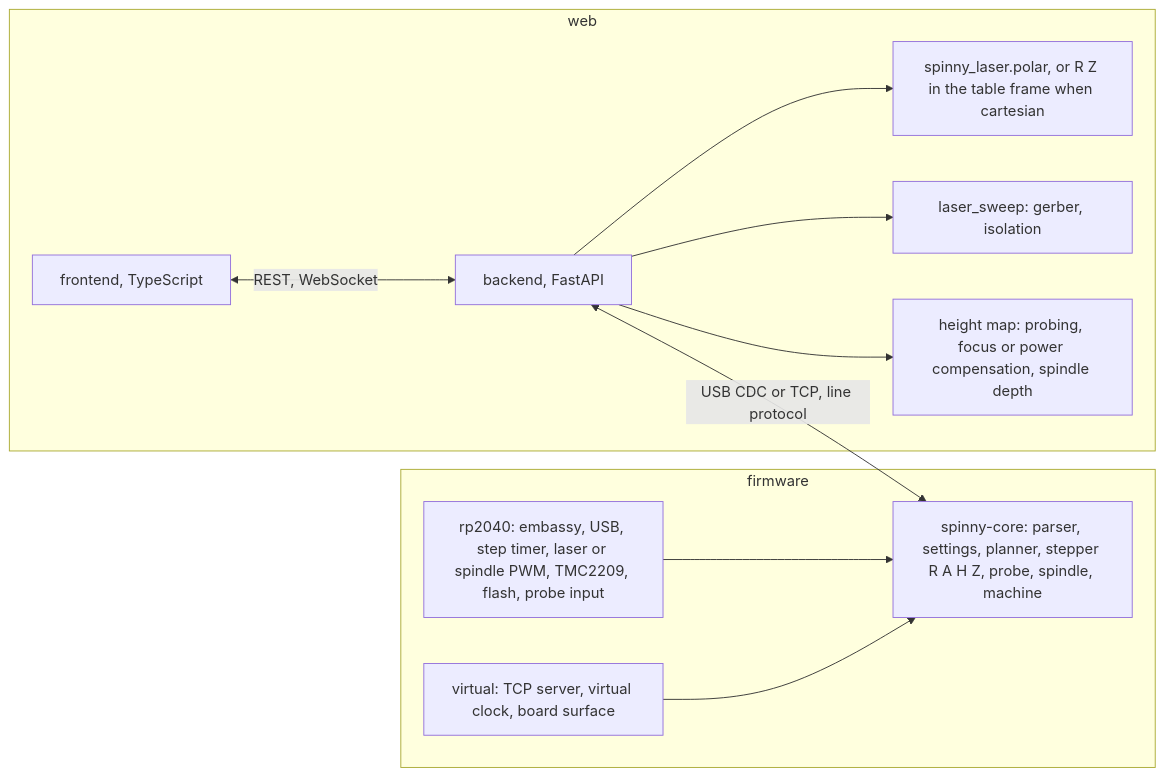
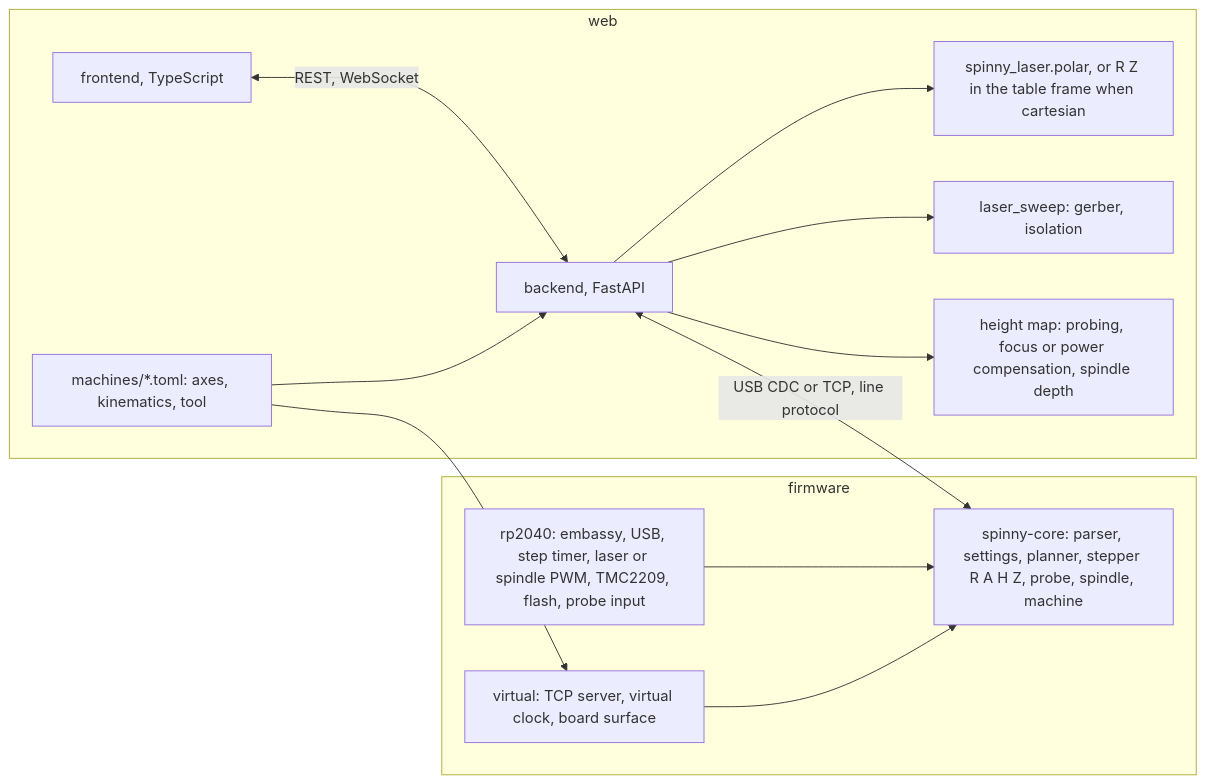
One commit to tmpk13/spinny-cnc changed the diagram in docs/ARCHITECTURE.md. Above: the diagram before and after it, drawn with Mermaid. The commit also changed 4 other files, not shown here.

Commit message:
Style the machine pick as a field, keep rings open across a gap, draw the machine files in the diagrams

````diff
--- a/docs/ARCHITECTURE.md
+++ b/docs/ARCHITECTURE.md
@@ -27,14 +27,16 @@
 ```mermaid
 flowchart LR
     subgraph web
         FE[frontend, TypeScript] <-->|REST, WebSocket| BE[backend, FastAPI]
         BE --> KIN[spinny_laser.polar, or R Z in the table frame when cartesian]
         BE --> LS[laser_sweep: gerber, isolation]
         BE --> HM[height map: probing, focus or power compensation, spindle depth]
+        MF[machines/*.toml: axes, kinematics, tool] --> BE
     end
+    MF --> VIRT
     BE <-->|USB CDC or TCP, line protocol| CORE
     subgraph firmware
         RP[rp2040: embassy, USB, step timer, laser or spindle PWM, TMC2209, flash, probe input] --> CORE[spinny-core: parser, settings, planner, stepper R A H Z, probe, spindle, machine]
         VIRT[virtual: TCP server, virtual clock, board surface] --> CORE
     end
 ```
````
